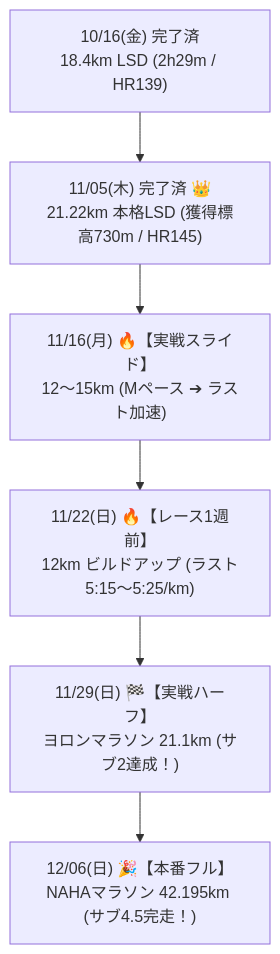
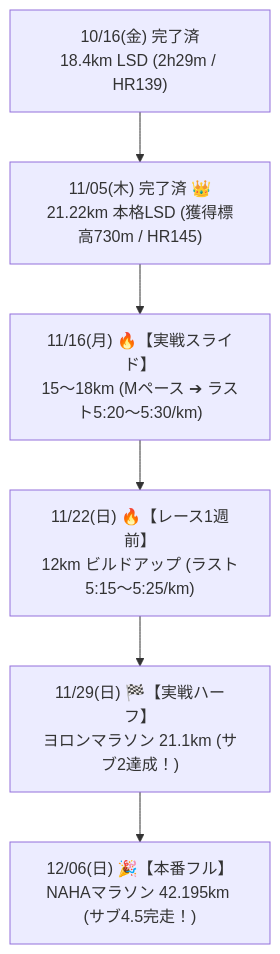
The diagram in docs/TRAINING_PLAN_2026.md (nem6ishi/running_analytics), drawn with Mermaid before and after one commit. The commit also changed other lines of this file and 3 other files, not shown here.

````diff
--- a/docs/TRAINING_PLAN_2026.md
+++ b/docs/TRAINING_PLAN_2026.md
@@ -31,8 +31,8 @@
 ```mermaid
 flowchart TD
     L1["10/16(金) 完了済<br/>18.4km LSD (2h29m / HR139)"] --> L2["11/05(木) 完了済 👑<br/>21.22km 本格LSD (獲得標高730m / HR145)"]
-    L2 --> L3["11/16(月) 🔥【実戦スライド】<br/>12〜15km (Mペース ➔ ラスト加速)"]
+    L2 --> L3["11/16(月) 🔥【実戦スライド】<br/>15〜18km (Mペース ➔ ラスト5:20〜5:30/km)"]
     L3 --> L4["11/22(日) 🔥【レース1週前】<br/>12km ビルドアップ (ラスト5:15〜5:25/km)"]
     L4 --> L5["11/29(日) 🏁【実戦ハーフ】<br/>ヨロンマラソン 21.1km (サブ2達成！)"]
     L5 --> L6["12/06(日) 🎉【本番フル】<br/>NAHAマラソン 42.195km (サブ4.5完走！)"]
 ```
````
